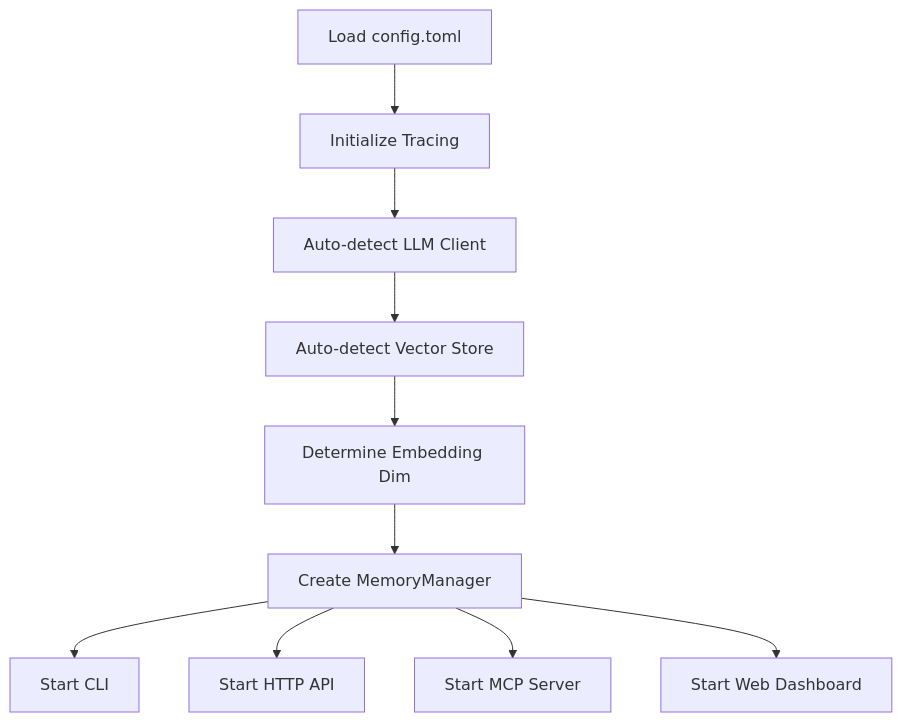
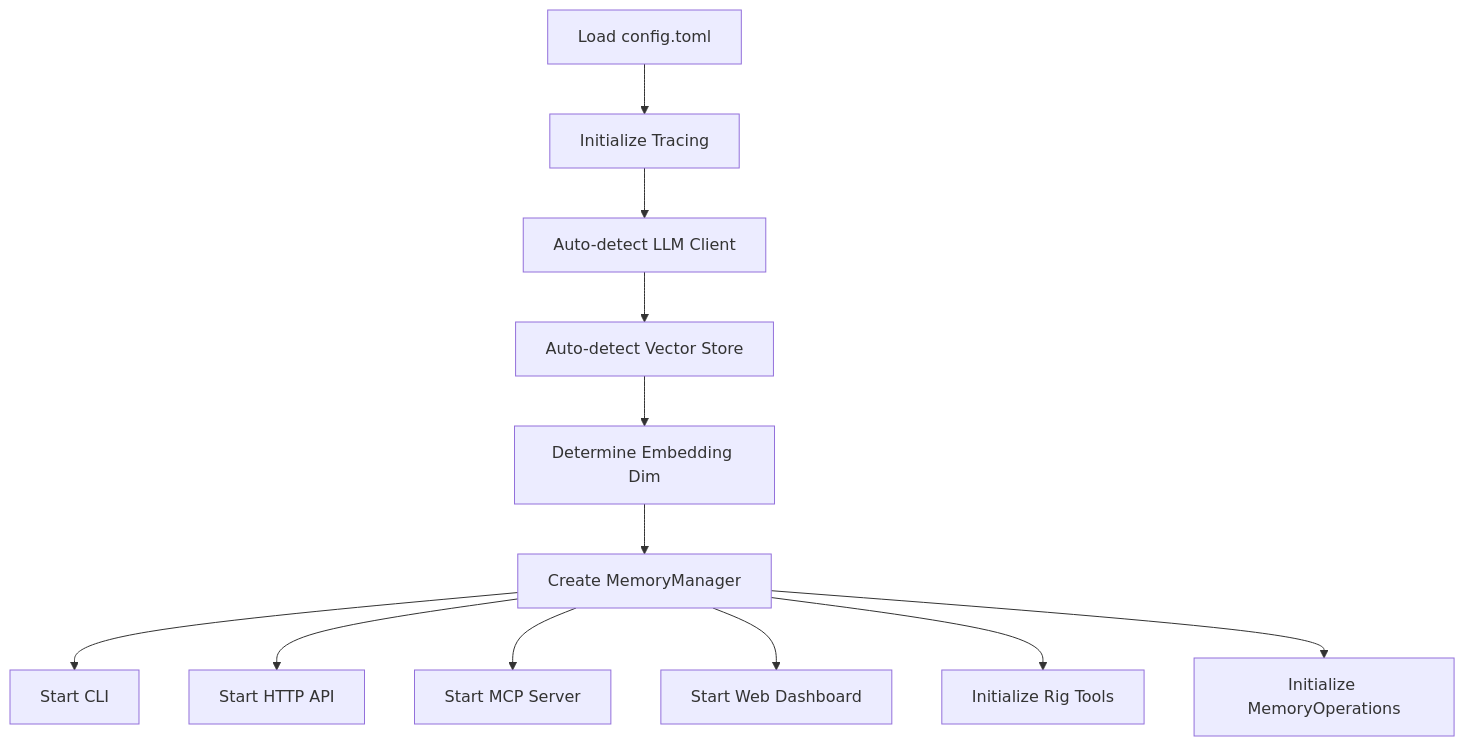
The seventh of 8 diagrams in litho.docs/2.Architecture.md (sopaco/cortex-mem), drawn with Mermaid before and after one commit. The commit also changed other lines of this file and 2 other files, not shown here.

First line of the commit message:
Add Rig integration and tools documentation

````diff
--- a/litho.docs/2.Architecture.md
+++ b/litho.docs/2.Architecture.md
@@ -337,12 +348,14 @@
 ```mermaid
 graph TD
     A[Load config.toml] --> B[Initialize Tracing]
     B --> C[Auto-detect LLM Client]
     C --> D[Auto-detect Vector Store]
     D --> E[Determine Embedding Dim]
     E --> F[Create MemoryManager]
     F --> G[Start CLI]
     F --> H[Start HTTP API]
     F --> I[Start MCP Server]
     F --> J[Start Web Dashboard]
+    F --> K[Initialize Rig Tools]
+    F --> L[Initialize MemoryOperations]
 ```
````
